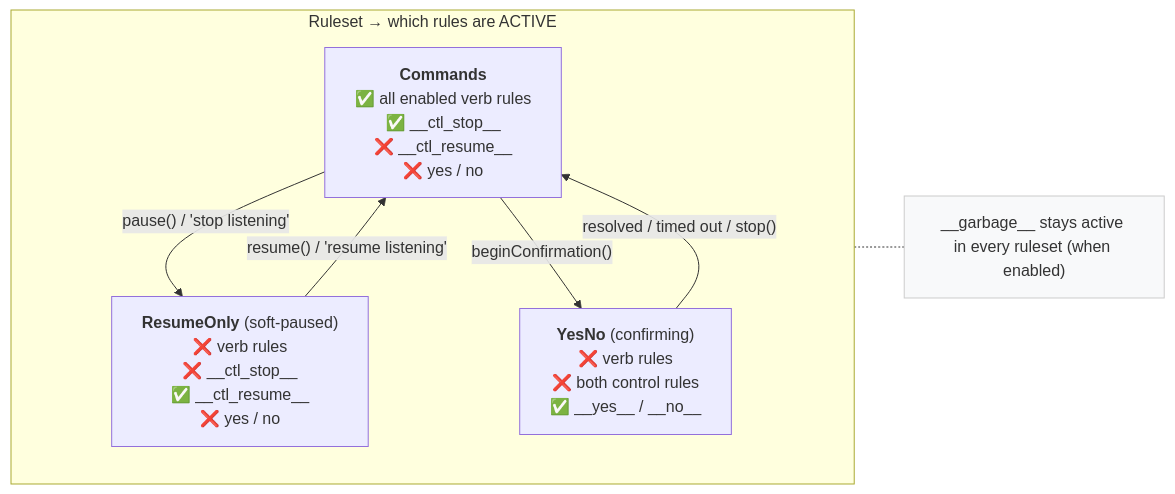
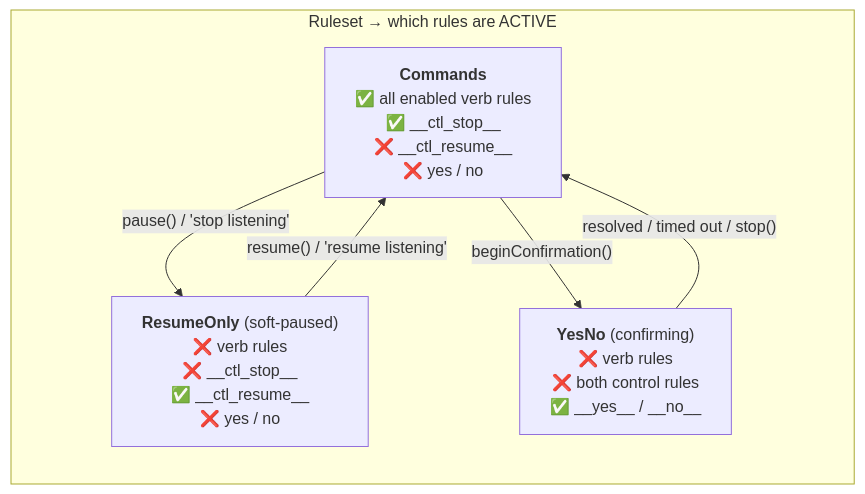
The fifth of 11 diagrams in platform/win32/VoiceCmd/readme.md (GChristensen/enso-portable), drawn with Mermaid before and after one commit. The commit also changed other lines of this file, not shown here.

````diff
--- a/platform/win32/VoiceCmd/readme.md
+++ b/platform/win32/VoiceCmd/readme.md
@@ -230,17 +290,13 @@
 ```mermaid
 graph LR
     subgraph RS["Ruleset → which rules are ACTIVE"]
         direction TB
         R1["<b>Commands</b><br/>✅ all enabled verb rules<br/>✅ __ctl_stop__<br/>❌ __ctl_resume__<br/>❌ yes / no"]
         R2["<b>ResumeOnly</b> (soft-paused)<br/>❌ verb rules<br/>❌ __ctl_stop__<br/>✅ __ctl_resume__<br/>❌ yes / no"]
         R3["<b>YesNo</b> (confirming)<br/>❌ verb rules<br/>❌ both control rules<br/>✅ __yes__ / __no__"]
     end
     R1 -->|"pause() / 'stop listening'"| R2
     R2 -->|"resume() / 'resume listening'"| R1
     R1 -->|"beginConfirmation()"| R3
     R3 -->|"resolved / timed out / stop()"| R1
-
-    note["__garbage__ stays active in every ruleset (when enabled)"]
-    RS -.- note
-    style note fill:#f8f9fa,stroke:#ccc
 ```
````
